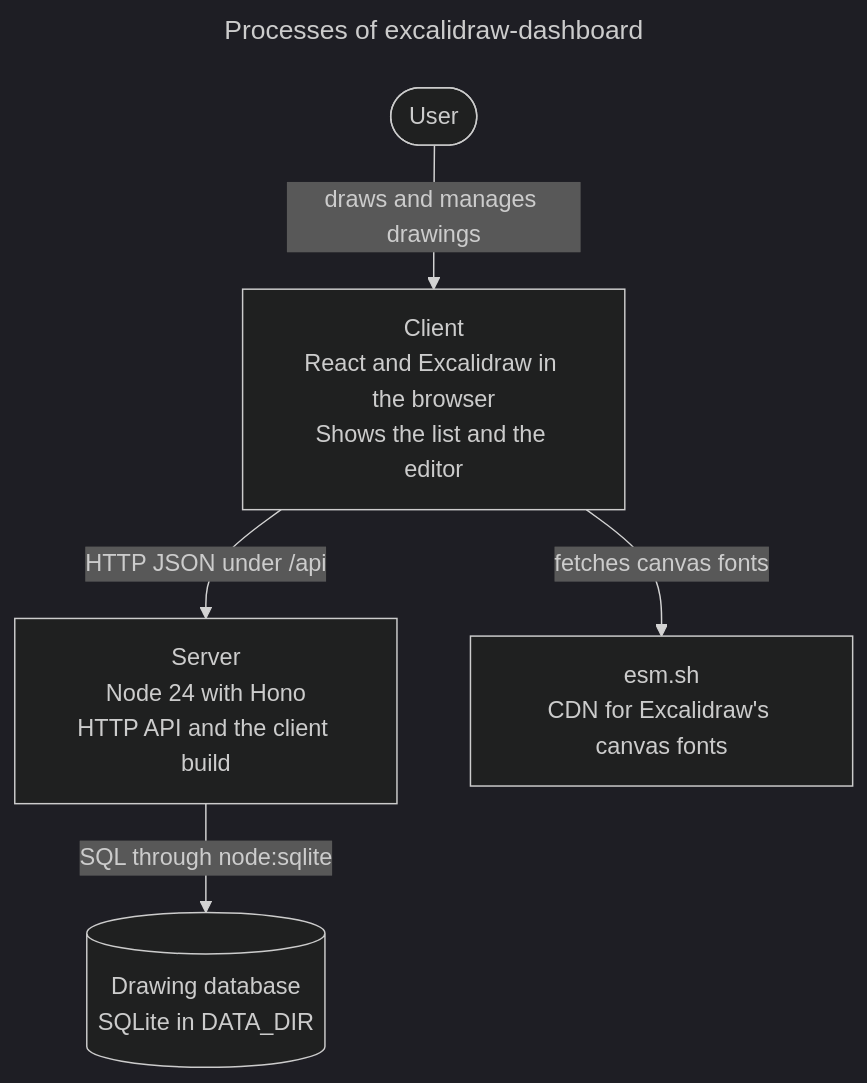
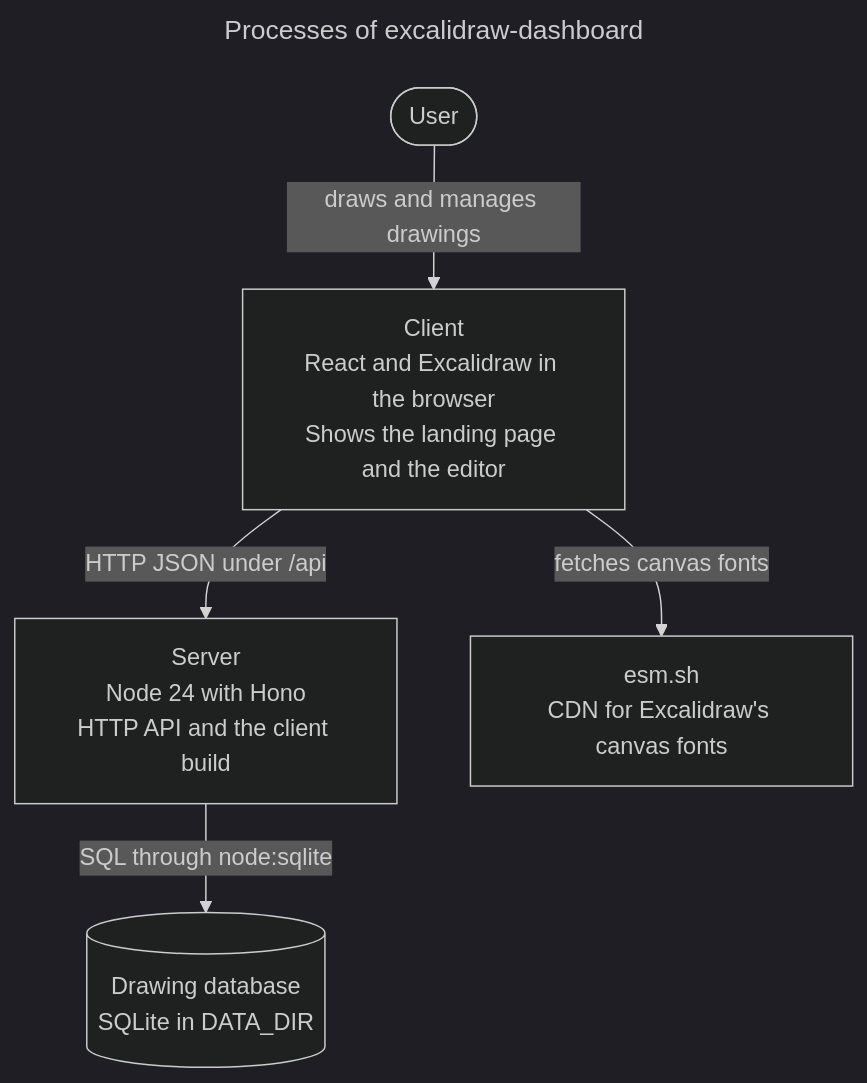
Before and after one commit to remshams/excalidraw-dashboard: the second of 10 diagrams in docs/architecture/architecture.md, drawn with Mermaid (dark theme). The commit also changed other lines of this file and 1 other file, not shown here.

Commit message:
docs(Architecture): describe the landing page and the editor view

````diff
--- a/docs/architecture/architecture.md
+++ b/docs/architecture/architecture.md
@@ -50,15 +49,15 @@
 ```mermaid
 ---
 title: Processes of excalidraw-dashboard
 ---
 flowchart TD
     user(["User"]):::person
-    browser["Client<br>React and Excalidraw in the browser<br>Shows the list and the editor"]:::process
+    browser["Client<br>React and Excalidraw in the browser<br>Shows the landing page and the editor"]:::process
     server["Server<br>Node 24 with Hono<br>HTTP API and the client build"]:::process
     db[("Drawing database<br>SQLite in DATA_DIR")]:::store
     cdn["esm.sh<br>CDN for Excalidraw's canvas fonts"]:::external
     user -->|draws and manages drawings| browser
     browser -->|HTTP JSON under /api| server
     browser -->|fetches canvas fonts| cdn
     server -->|SQL through node:sqlite| db
 ```
````
